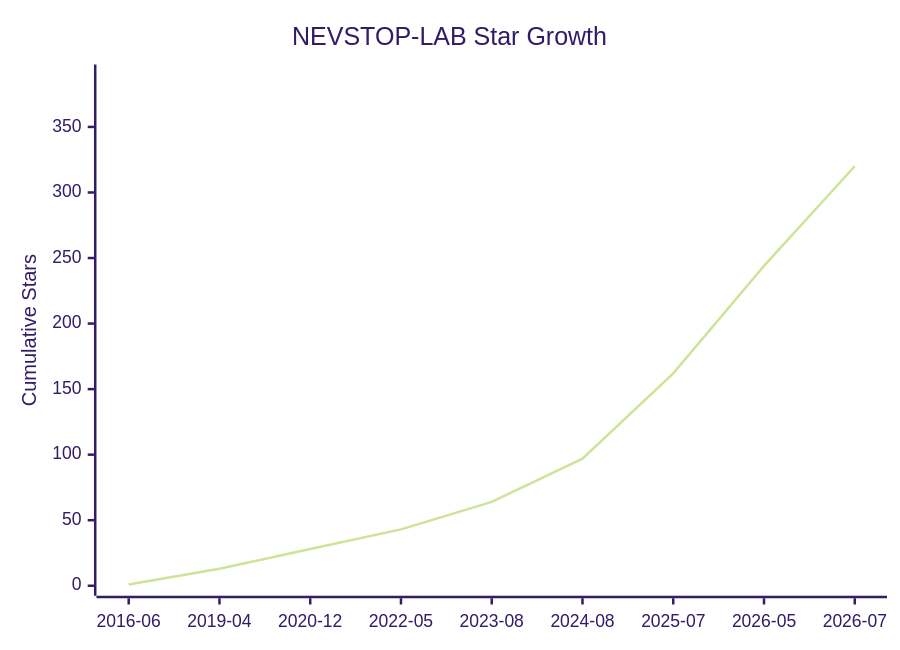
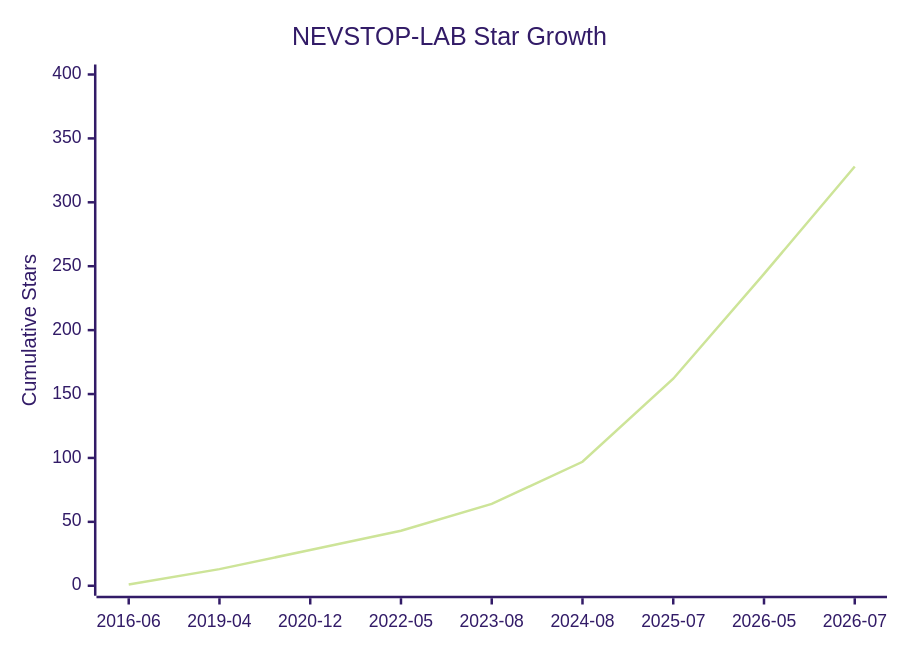
One commit to NEVSTOP-LAB/.github changed the diagram in Star-History.md. Above: the diagram before and after it, drawn with Mermaid (forest theme). The commit also changed other lines of this file and 2 other files, not shown here.

````diff
--- a/Star-History.md
+++ b/Star-History.md
@@ -8,7 +8,7 @@
 ```mermaid
 xychart-beta
     title "NEVSTOP-LAB Star Growth"
     x-axis ["2016-06", "2019-04", "2020-12", "2022-05", "2023-08", "2024-08", "2025-07", "2026-05", "2026-07"]
-    y-axis "Cumulative Stars" 0 --> 390
-    line [1, 13, 28, 43, 64, 97, 162, 244, 320]
+    y-axis "Cumulative Stars" 0 --> 400
+    line [1, 13, 28, 43, 64, 97, 162, 244, 328]
 ```
````
